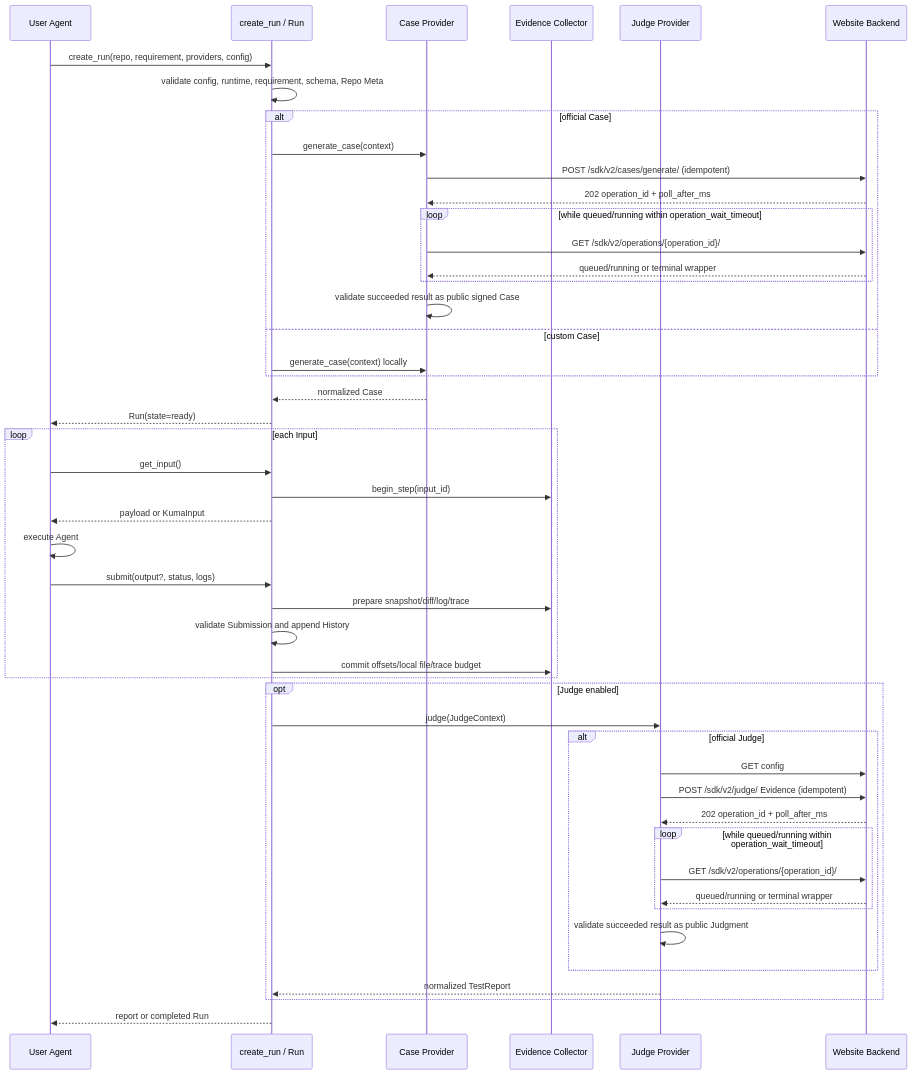
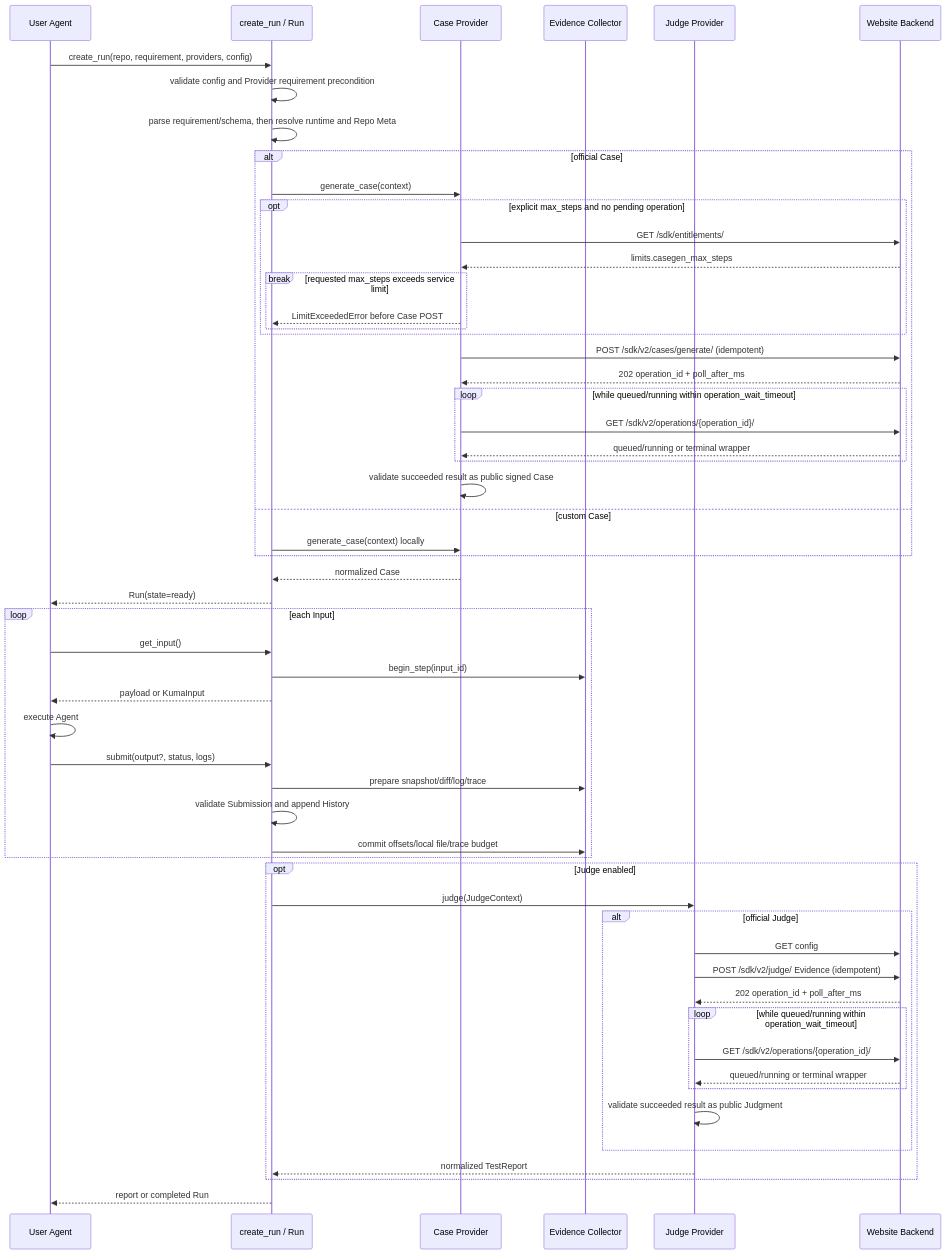
The third of 5 diagrams in docs/architecture.md (DDai22/KUMA-DefuzeX), drawn with Mermaid before and after one commit. The commit also changed other lines of this file and 47 other files, not shown here.

First line of the commit message:
fix(sdk): sync accepted runtime safeguards (#31)

````diff
--- a/docs/architecture.md
+++ b/docs/architecture.md
@@ -121,53 +123,61 @@
 ```mermaid
 sequenceDiagram
     participant U as User Agent
     participant S as create_run / Run
     participant C as Case Provider
     participant E as Evidence Collector
     participant J as Judge Provider
     participant B as Website Backend
 
     U->>S: create_run(repo, requirement, providers, config)
-    S->>S: validate config, runtime, requirement, schema, Repo Meta
+    S->>S: validate config and Provider requirement precondition
+    S->>S: parse requirement/schema, then resolve runtime and Repo Meta
     alt official Case
         S->>C: generate_case(context)
+        opt explicit max_steps and no pending operation
+            C->>B: GET /sdk/entitlements/
+            B-->>C: limits.casegen_max_steps
+            break requested max_steps exceeds service limit
+                C-->>S: LimitExceededError before Case POST
+            end
+        end
         C->>B: POST /sdk/v2/cases/generate/ (idempotent)
         B-->>C: 202 operation_id + poll_after_ms
         loop while queued/running within operation_wait_timeout
             C->>B: GET /sdk/v2/operations/{operation_id}/
             B-->>C: queued/running or terminal wrapper
         end
         C->>C: validate succeeded result as public signed Case
     else custom Case
         S->>C: generate_case(context) locally
     end
     C-->>S: normalized Case
     S-->>U: Run(state=ready)
 
     loop each Input
         U->>S: get_input()
         S->>E: begin_step(input_id)
         S-->>U: payload or KumaInput
         U->>U: execute Agent
         U->>S: submit(output?, status, logs)
         S->>E: prepare snapshot/diff/log/trace
         S->>S: validate Submission and append History
         S->>E: commit offsets/local file/trace budget
     end
 
     opt Judge enabled
         S->>J: judge(JudgeContext)
         alt official Judge
             J->>B: GET config
             J->>B: POST /sdk/v2/judge/ Evidence (idempotent)
             B-->>J: 202 operation_id + poll_after_ms
             loop while queued/running within operation_wait_timeout
                 J->>B: GET /sdk/v2/operations/{operation_id}/
                 B-->>J: queued/running or terminal wrapper
             end
             J->>J: validate succeeded result as public Judgment
         end
         J-->>S: normalized TestReport
     end
     S-->>U: report or completed Run
 ```
````
